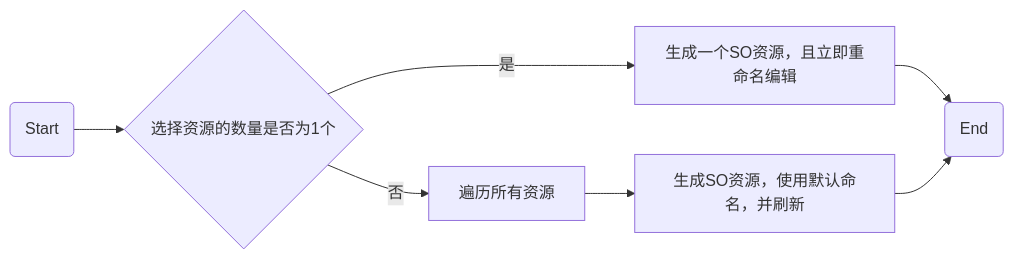
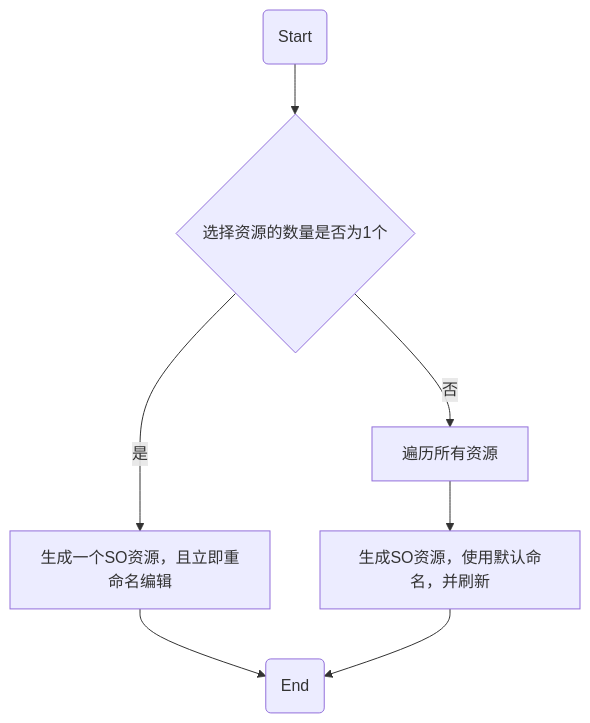
Before and after one commit to Yuumi-Zeus/yuumi-zeus.github.io: the second of 2 diagrams in docs/Modules/QuickGenerateSO 模块文档.md, drawn with Mermaid. The commit also changed other lines of this file and 4 other files, not shown here.

````diff
--- a/docs/Modules/QuickGenerateSO 模块文档.md
+++ b/docs/Modules/QuickGenerateSO 模块文档.md
@@ -43,9 +43,9 @@
 ```mermaid
-flowchart LR
-	A(Start) --> B{选择资源的数量是否为1个}
-	B --> |是| C[生成一个SO资源，且立即重命名编辑]
-	B --> |否| D[遍历所有资源]
-	D --> F[生成SO资源，使用默认命名，并刷新]
-	C --> G(End)
-	F --> G
+flowchart TD
+  A(Start) --> B{选择资源的数量是否为1个}
+  B --> |是| C[生成一个SO资源，且立即重命名编辑]
+  B --> |否| D[遍历所有资源]
+  D --> F[生成SO资源，使用默认命名，并刷新]
+  C --> G(End)
+  F --> G
 ```
````
